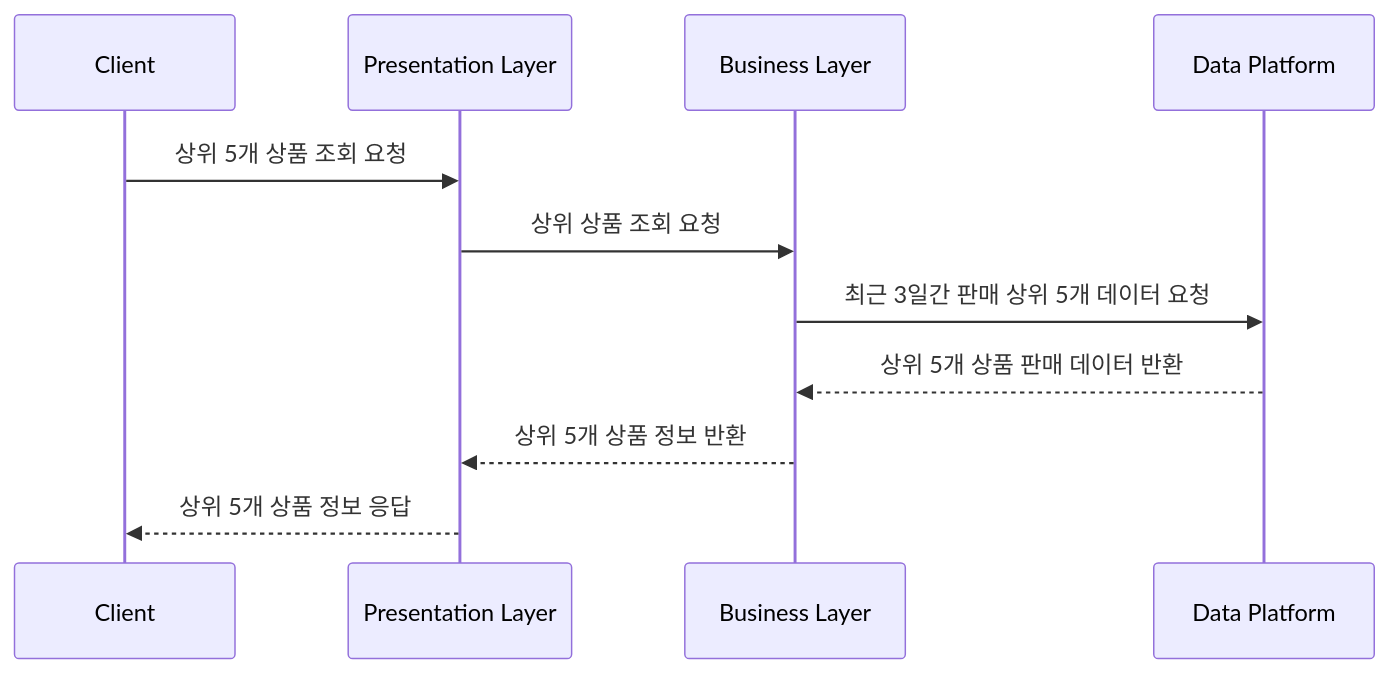
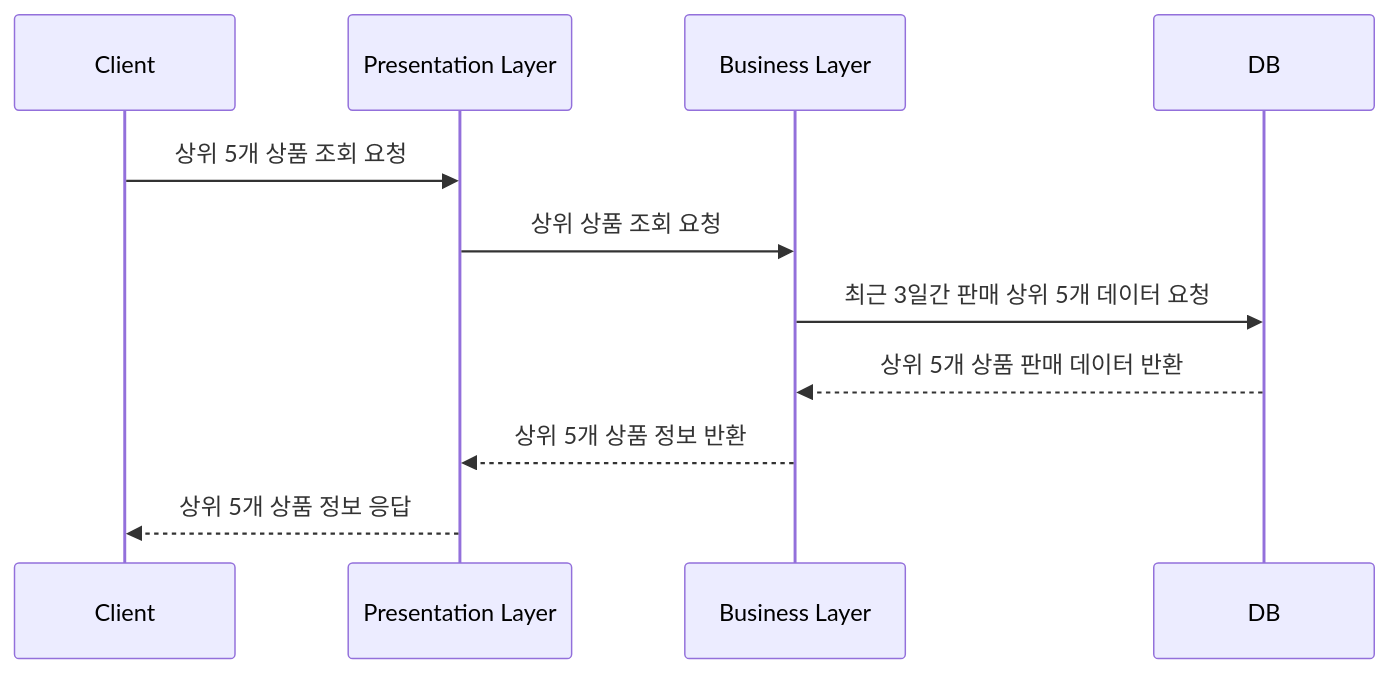
Before and after one commit to NohYeongO/e-commerce_HH: the fourth of 4 diagrams in PR/STEP05.md, drawn with Mermaid. The commit also changed other lines of this file and 4 other files, not shown here.

````diff
--- a/PR/STEP05.md
+++ b/PR/STEP05.md
@@ -162,17 +175,17 @@
 ```mermaid   
 sequenceDiagram
     participant Client
     participant Presentation Layer
     participant Business Layer
-    participant Data Platform
+    participant DB
 
 
     Client ->> Presentation Layer: 상위 5개 상품 조회 요청
     Presentation Layer ->> Business Layer: 상위 상품 조회 요청
 
-    Business Layer ->> Data Platform: 최근 3일간 판매 상위 5개 데이터 요청
-    Data Platform -->> Business Layer: 상위 5개 상품 판매 데이터 반환
+    Business Layer ->> DB: 최근 3일간 판매 상위 5개 데이터 요청
+    DB -->> Business Layer: 상위 5개 상품 판매 데이터 반환
 
     Business Layer -->> Presentation Layer: 상위 5개 상품 정보 반환
     Presentation Layer -->> Client: 상위 5개 상품 정보 응답
 ```
````
